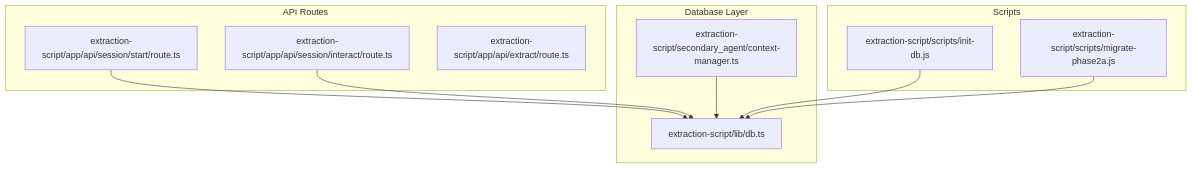
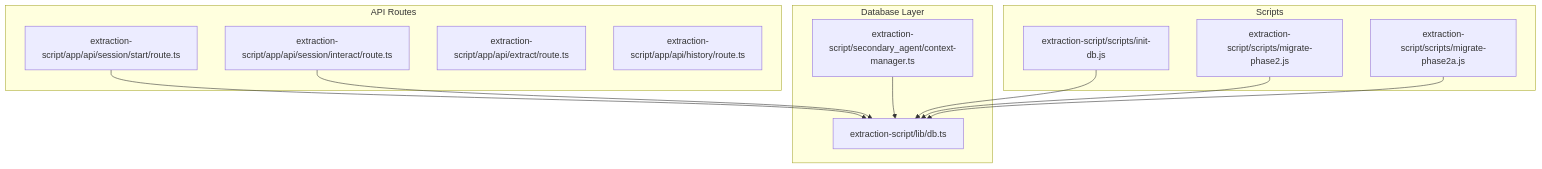
Before and after one commit to alikhan37544/InteractGenxSRM-1: the first of 4 diagrams in .qoder/repowiki/en/content/Database Schema.md, drawn with Mermaid. The commit also changed other lines of this file and 6645 other files, not shown here.

````diff
--- a/.qoder/repowiki/en/content/Database Schema.md
+++ b/.qoder/repowiki/en/content/Database Schema.md
@@ -33,21 +45,24 @@
 ```mermaid
 graph TB
 subgraph "Database Layer"
 DBLib["extraction-script/lib/db.ts"]
 CtxMgr["extraction-script/secondary_agent/context-manager.ts"]
 end
 subgraph "API Routes"
 StartRoute["extraction-script/app/api/session/start/route.ts"]
 InteractRoute["extraction-script/app/api/session/interact/route.ts"]
 ExtractRoute["extraction-script/app/api/extract/route.ts"]
+HistoryRoute["extraction-script/app/api/history/route.ts"]
 end
 subgraph "Scripts"
 InitDB["extraction-script/scripts/init-db.js"]
-MigPhase["extraction-script/scripts/migrate-phase2a.js"]
+MigPhase["extraction-script/scripts/migrate-phase2.js"]
+MigPhaseA["extraction-script/scripts/migrate-phase2a.js"]
 end
 StartRoute --> DBLib
 InteractRoute --> DBLib
 CtxMgr --> DBLib
 InitDB --> DBLib
 MigPhase --> DBLib
+MigPhaseA --> DBLib
 ```
````
